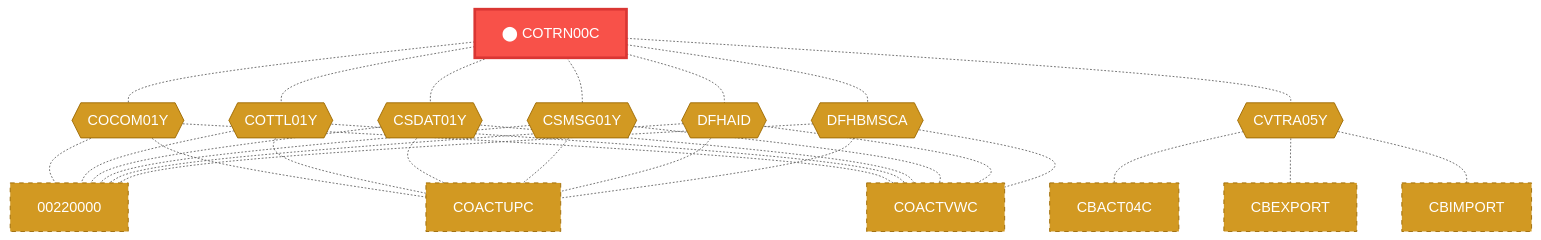
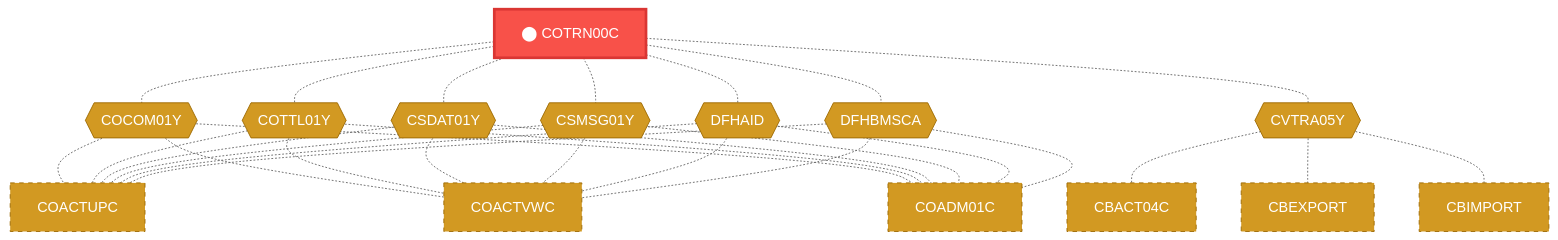
The first of 2 diagrams in Unisys_doc-main/doc_demo/docs/programs/COTRN00C.md (Arun973150/new_doc), drawn with Mermaid (neutral theme) before and after one commit. The commit also changed other lines of this file and 609 other files, not shown here.

````diff
--- a/Unisys_doc-main/doc_demo/docs/programs/COTRN00C.md
+++ b/Unisys_doc-main/doc_demo/docs/programs/COTRN00C.md
@@ -55,66 +55,66 @@
 ```mermaid
 flowchart TD
     COTRN00C["⬤ COTRN00C"]:::target
     CB_COCOM01Y{{"COCOM01Y"}}:::copybook
     COTRN00C -.- CB_COCOM01Y
-    00220000["00220000"]:::coupled
-    CB_COCOM01Y -.- 00220000
     COACTUPC["COACTUPC"]:::coupled
     CB_COCOM01Y -.- COACTUPC
     COACTVWC["COACTVWC"]:::coupled
     CB_COCOM01Y -.- COACTVWC
+    COADM01C["COADM01C"]:::coupled
+    CB_COCOM01Y -.- COADM01C
     CB_COTTL01Y{{"COTTL01Y"}}:::copybook
     COTRN00C -.- CB_COTTL01Y
-    00220000["00220000"]:::coupled
-    CB_COTTL01Y -.- 00220000
     COACTUPC["COACTUPC"]:::coupled
     CB_COTTL01Y -.- COACTUPC
     COACTVWC["COACTVWC"]:::coupled
     CB_COTTL01Y -.- COACTVWC
+    COADM01C["COADM01C"]:::coupled
+    CB_COTTL01Y -.- COADM01C
     CB_CSDAT01Y{{"CSDAT01Y"}}:::copybook
     COTRN00C -.- CB_CSDAT01Y
-    00220000["00220000"]:::coupled
-    CB_CSDAT01Y -.- 00220000
     COACTUPC["COACTUPC"]:::coupled
     CB_CSDAT01Y -.- COACTUPC
     COACTVWC["COACTVWC"]:::coupled
     CB_CSDAT01Y -.- COACTVWC
+    COADM01C["COADM01C"]:::coupled
+    CB_CSDAT01Y -.- COADM01C
     CB_CSMSG01Y{{"CSMSG01Y"}}:::copybook
     COTRN00C -.- CB_CSMSG01Y
-    00220000["00220000"]:::coupled
-    CB_CSMSG01Y -.- 00220000
     COACTUPC["COACTUPC"]:::coupled
     CB_CSMSG01Y -.- COACTUPC
     COACTVWC["COACTVWC"]:::coupled
     CB_CSMSG01Y -.- COACTVWC
+    COADM01C["COADM01C"]:::coupled
+    CB_CSMSG01Y -.- COADM01C
     CB_CVTRA05Y{{"CVTRA05Y"}}:::copybook
     COTRN00C -.- CB_CVTRA05Y
     CBACT04C["CBACT04C"]:::coupled
     CB_CVTRA05Y -.- CBACT04C
     CBEXPORT["CBEXPORT"]:::coupled
     CB_CVTRA05Y -.- CBEXPORT
     CBIMPORT["CBIMPORT"]:::coupled
     CB_CVTRA05Y -.- CBIMPORT
     CB_DFHAID{{"DFHAID"}}:::copybook
     COTRN00C -.- CB_DFHAID
-    00220000["00220000"]:::coupled
-    CB_DFHAID -.- 00220000
     COACTUPC["COACTUPC"]:::coupled
     CB_DFHAID -.- COACTUPC
     COACTVWC["COACTVWC"]:::coupled
     CB_DFHAID -.- COACTVWC
+    COADM01C["COADM01C"]:::coupled
+    CB_DFHAID -.- COADM01C
     CB_DFHBMSCA{{"DFHBMSCA"}}:::copybook
     COTRN00C -.- CB_DFHBMSCA
-    00220000["00220000"]:::coupled
-    CB_DFHBMSCA -.- 00220000
     COACTUPC["COACTUPC"]:::coupled
     CB_DFHBMSCA -.- COACTUPC
     COACTVWC["COACTVWC"]:::coupled
     CB_DFHBMSCA -.- COACTVWC
+    COADM01C["COADM01C"]:::coupled
+    CB_DFHBMSCA -.- COADM01C
     classDef target fill:#f85149,stroke:#da3633,color:#fff,stroke-width:3px
     classDef caller fill:#58a6ff,stroke:#1f6feb,color:#fff
     classDef callee fill:#3fb950,stroke:#238636,color:#fff
     classDef copybook fill:#d29922,stroke:#9e6a03,color:#fff
     classDef coupled fill:#d29922,stroke:#9e6a03,color:#fff,stroke-dasharray:5
     classDef transitive fill:#484f58,stroke:#8b949e,color:#c9d1d9,stroke-dasharray:5
 ```
````
